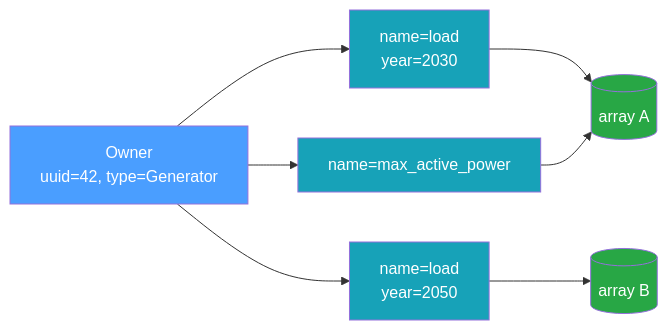
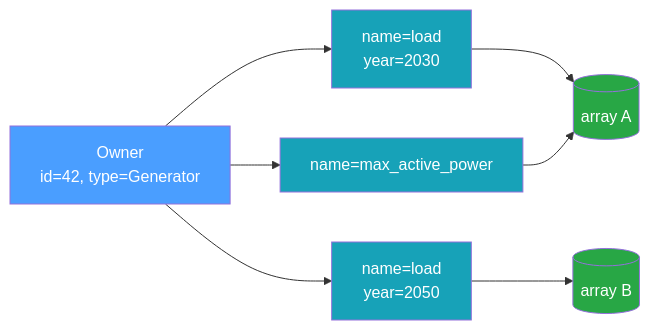
One commit to NatLabRockies/infrastore changed the diagram in docs/src/explanation/data-model.md. Above: the diagram before and after it, drawn with Mermaid. The commit also changed other lines of this file and 51 other files, not shown here.

````diff
--- a/docs/src/explanation/data-model.md
+++ b/docs/src/explanation/data-model.md
@@ -136,17 +135,17 @@
 ```mermaid
 flowchart LR
-    OWNER["Owner<br/>uuid=42, type=Generator"]
+    OWNER["Owner<br/>id=42, type=Generator"]
     OWNER --> K1["name=load<br/>year=2030"]
     OWNER --> K2["name=load<br/>year=2050"]
     OWNER --> K3["name=max_active_power"]
     K1 --> A1[("array A")]
     K2 --> A2[("array B")]
     K3 --> A1
 
     style OWNER fill:#4a9eff,color:#fff
     style K1 fill:#17a2b8,color:#fff
     style K2 fill:#17a2b8,color:#fff
     style K3 fill:#17a2b8,color:#fff
     style A1 fill:#28a745,color:#fff
     style A2 fill:#28a745,color:#fff
 ```
````
